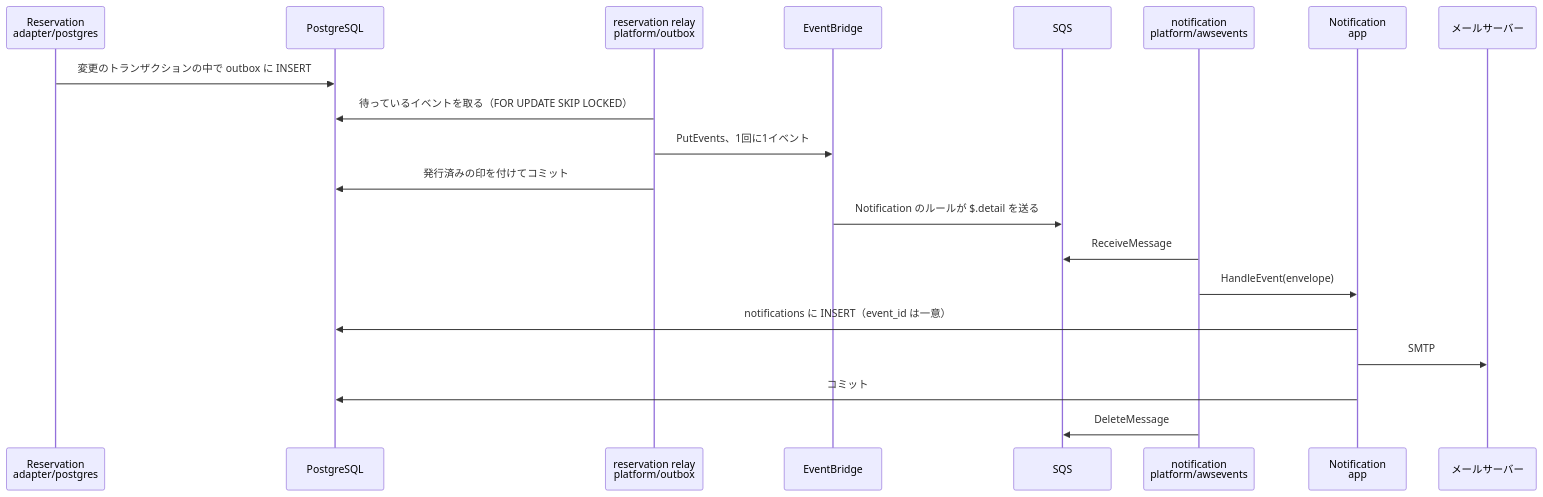
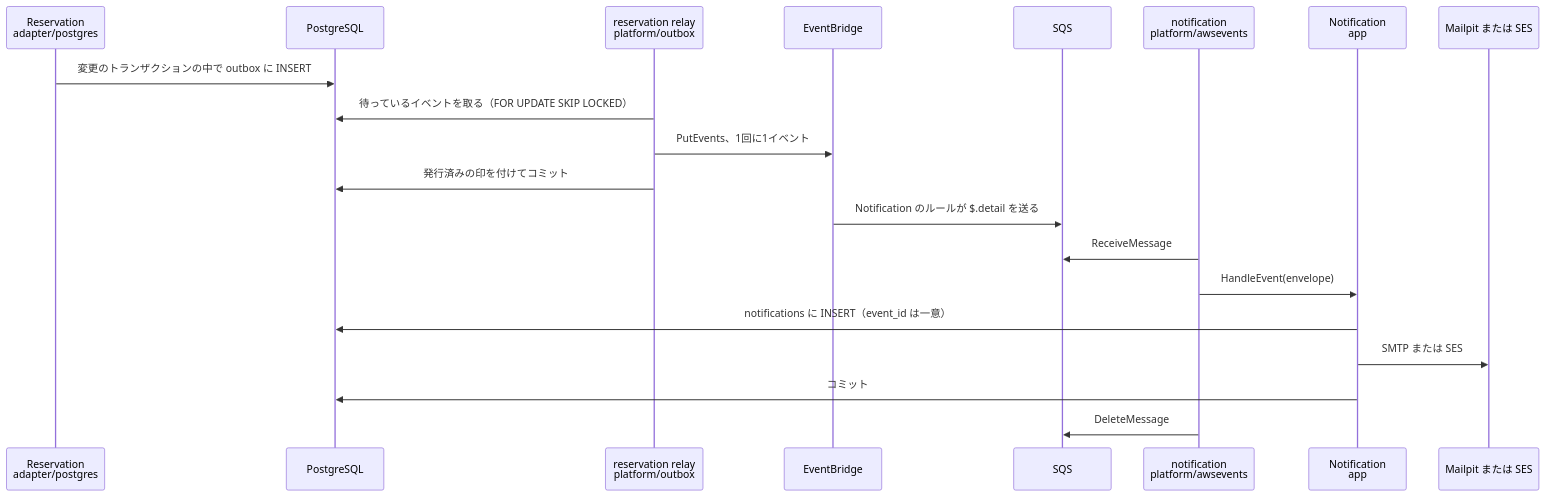
Before and after one commit to ma-chisuke/go-nextjs-ddd-monorepo: the fourth of 5 diagrams in ARCHITECTURE.ja.md, drawn with Mermaid. The commit also changed other lines of this file and 52 other files, not shown here.

````diff
--- a/ARCHITECTURE.ja.md
+++ b/ARCHITECTURE.ja.md
@@ -216,22 +217,22 @@
 ```mermaid
 sequenceDiagram
     participant store as Reservation<br/>adapter/postgres
     participant db as PostgreSQL
     participant relay as reservation relay<br/>platform/outbox
     participant bus as EventBridge
     participant queue as SQS
     participant worker as notification<br/>platform/awsevents
     participant app as Notification<br/>app
-    participant mail as メールサーバー
+    participant mail as Mailpit または SES
     store->>db: 変更のトランザクションの中で outbox に INSERT
     relay->>db: 待っているイベントを取る（FOR UPDATE SKIP LOCKED）
     relay->>bus: PutEvents、1回に1イベント
     relay->>db: 発行済みの印を付けてコミット
     bus->>queue: Notification のルールが $.detail を送る
     worker->>queue: ReceiveMessage
     worker->>app: HandleEvent(envelope)
     app->>db: notifications に INSERT（event_id は一意）
-    app->>mail: SMTP
+    app->>mail: SMTP または SES
     app->>db: コミット
     worker->>queue: DeleteMessage
 ```
````
